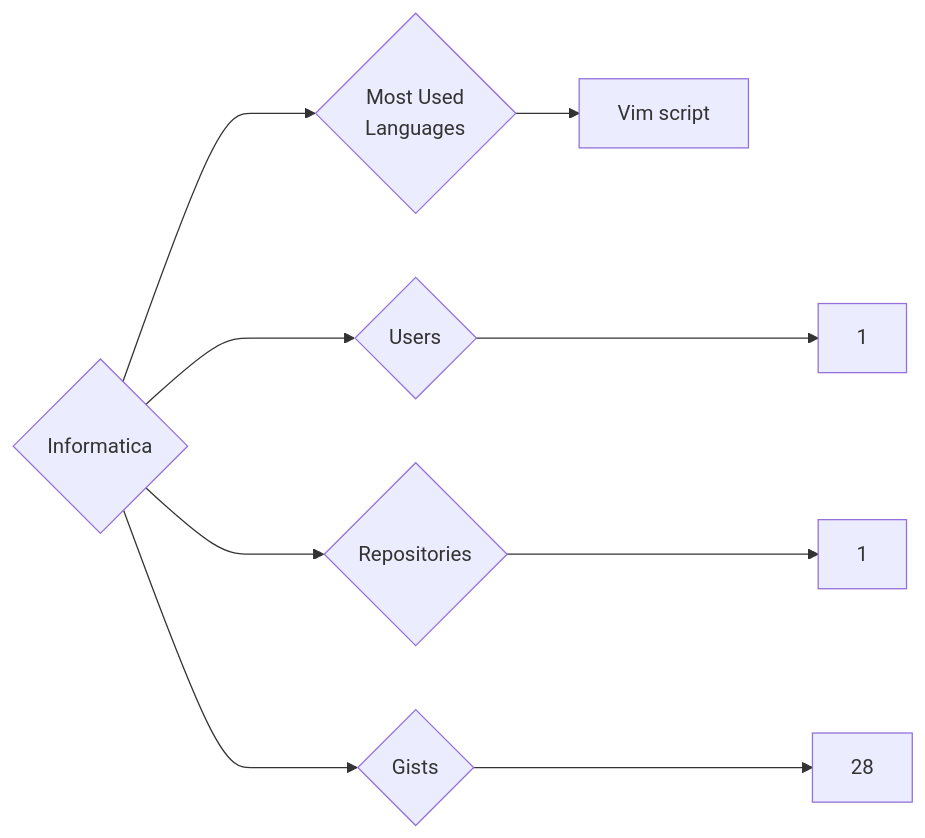
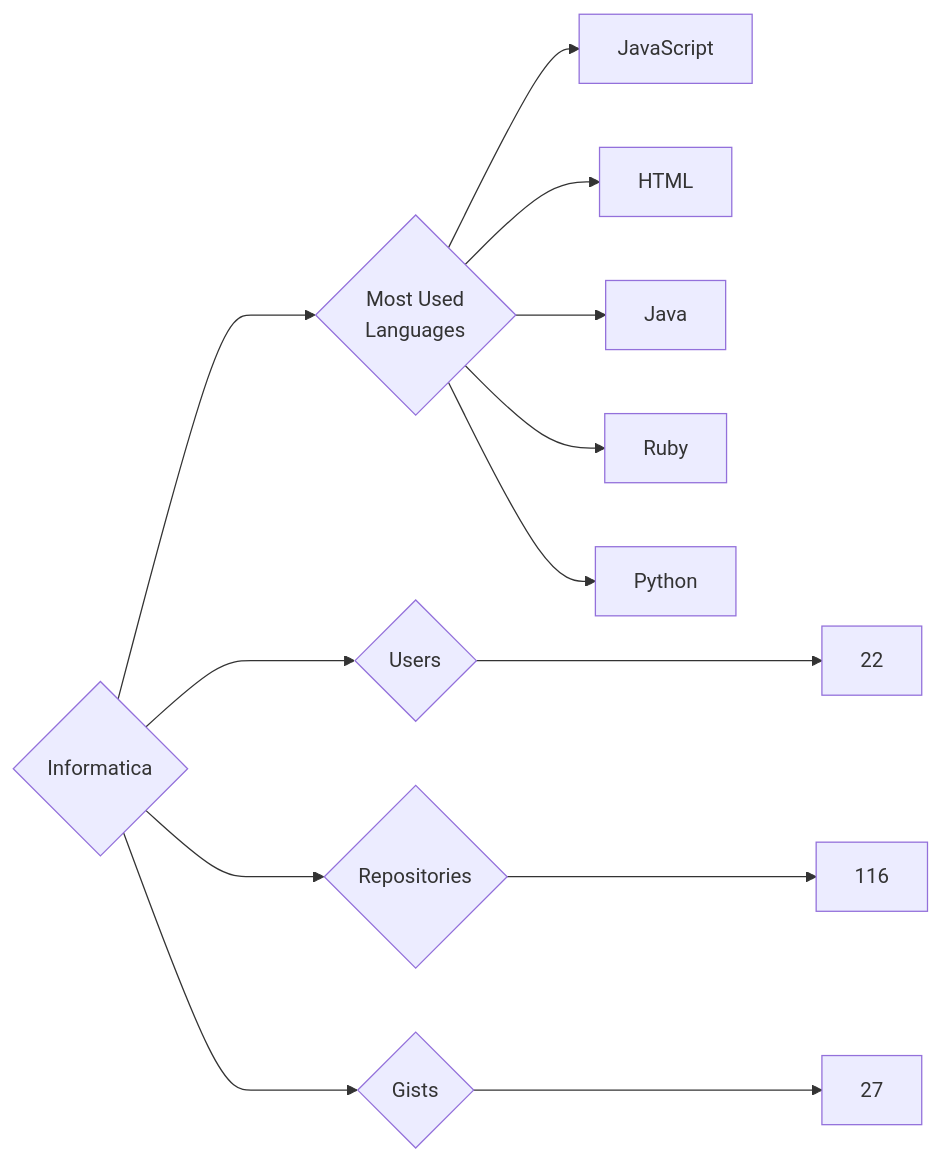
The diagram in targets/Informatica/README.md (trickest/insiders), drawn with Mermaid before and after one commit. The commit also changed 845 other files, not shown here.

````diff
--- a/targets/Informatica/README.md
+++ b/targets/Informatica/README.md
@@ -3,9 +3,13 @@
 ```mermaid
 graph LR
 COMPANY_NAME{Informatica}
-COMPANY_NAME ---> U{Users} ---> UN[1]
-COMPANY_NAME ---> R{Repositories} ---> RN[1]
-COMPANY_NAME ---> G{Gists} ---> GN[28]
+COMPANY_NAME ---> U{Users} ---> UN[22]
+COMPANY_NAME ---> R{Repositories} ---> RN[116]
+COMPANY_NAME ---> G{Gists} ---> GN[27]
 COMPANY_NAME ---> ML{Most Used<br>Languages}
-ML --> Vim_script[Vim script]
+ML --> JavaScript[JavaScript]
+ML --> HTML[HTML]
+ML --> Java[Java]
+ML --> Ruby[Ruby]
+ML --> Python[Python]
 ```
````
